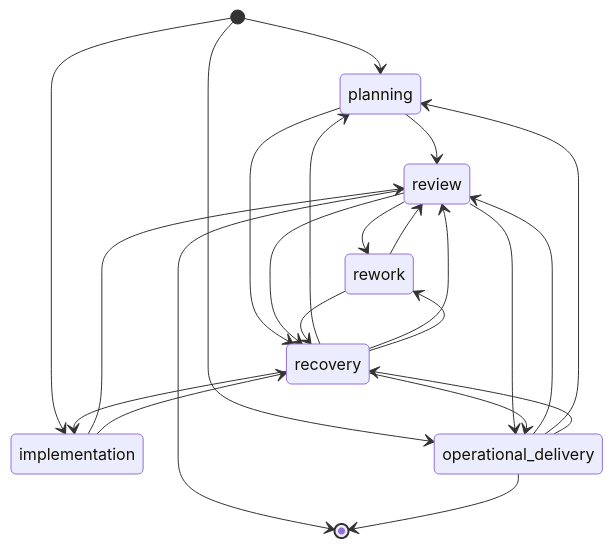
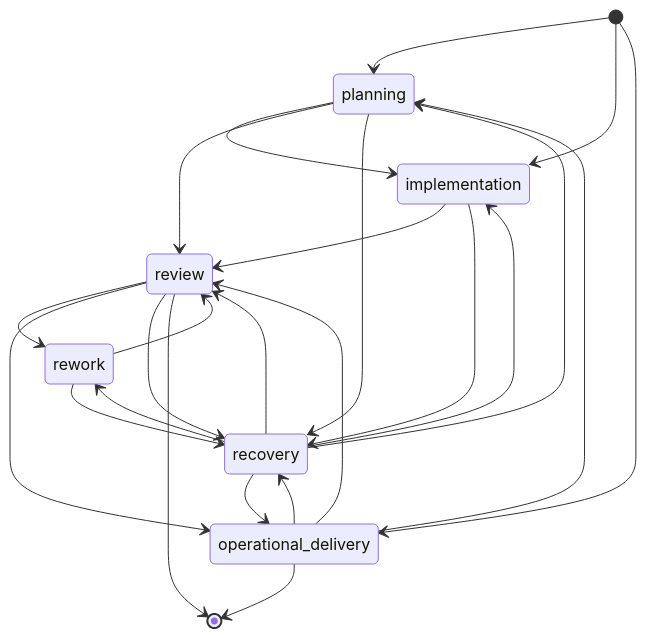
One commit to craigholland/context-atlas changed the diagram in docs/Authoritative/Identity/AgenticDevelopment/Mode-Transition-Graph.md. Above: the diagram before and after it, drawn with Mermaid. The commit also changed other lines of this file and 2 other files, not shown here.

Commit message:
Fix planning to implementation mode transition

````diff
--- a/docs/Authoritative/Identity/AgenticDevelopment/Mode-Transition-Graph.md
+++ b/docs/Authoritative/Identity/AgenticDevelopment/Mode-Transition-Graph.md
@@ -39,31 +39,32 @@
 ```mermaid
 stateDiagram-v2
     [*] --> planning
     [*] --> implementation
     [*] --> operational_delivery
 
+    planning --> implementation
     planning --> review
     planning --> recovery
 
     implementation --> review
     implementation --> recovery
 
     review --> rework
     review --> operational_delivery
     review --> recovery
     review --> [*]
 
     rework --> review
     rework --> recovery
 
     operational_delivery --> review
     operational_delivery --> planning
     operational_delivery --> recovery
     operational_delivery --> [*]
 
     recovery --> planning
     recovery --> implementation
     recovery --> review
     recovery --> rework
     recovery --> operational_delivery
 ```
````
